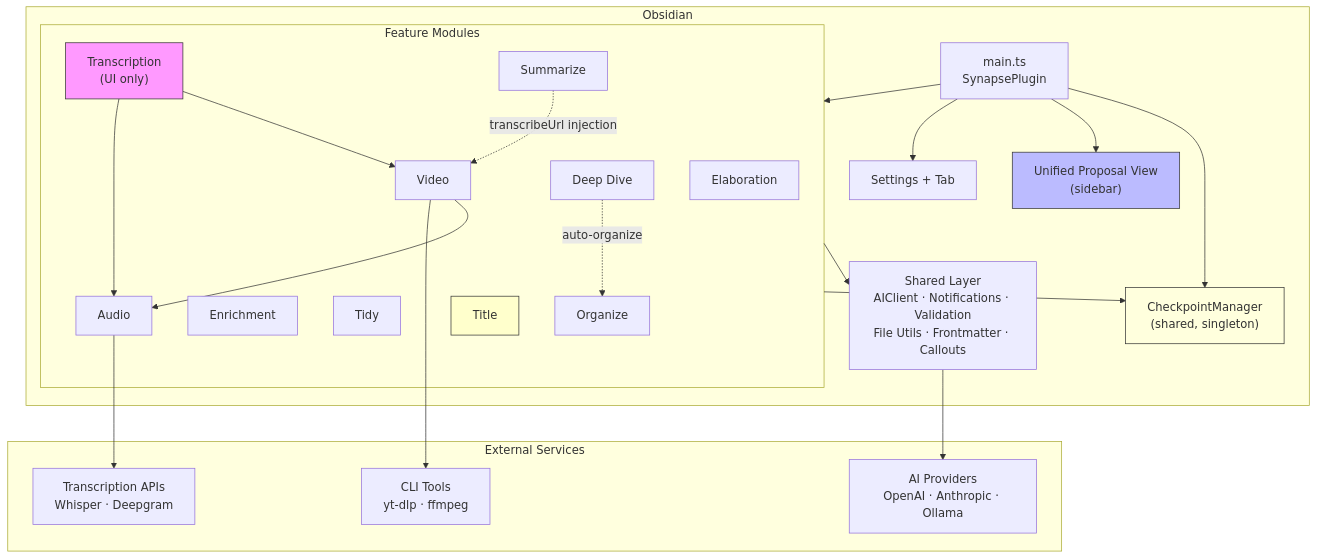
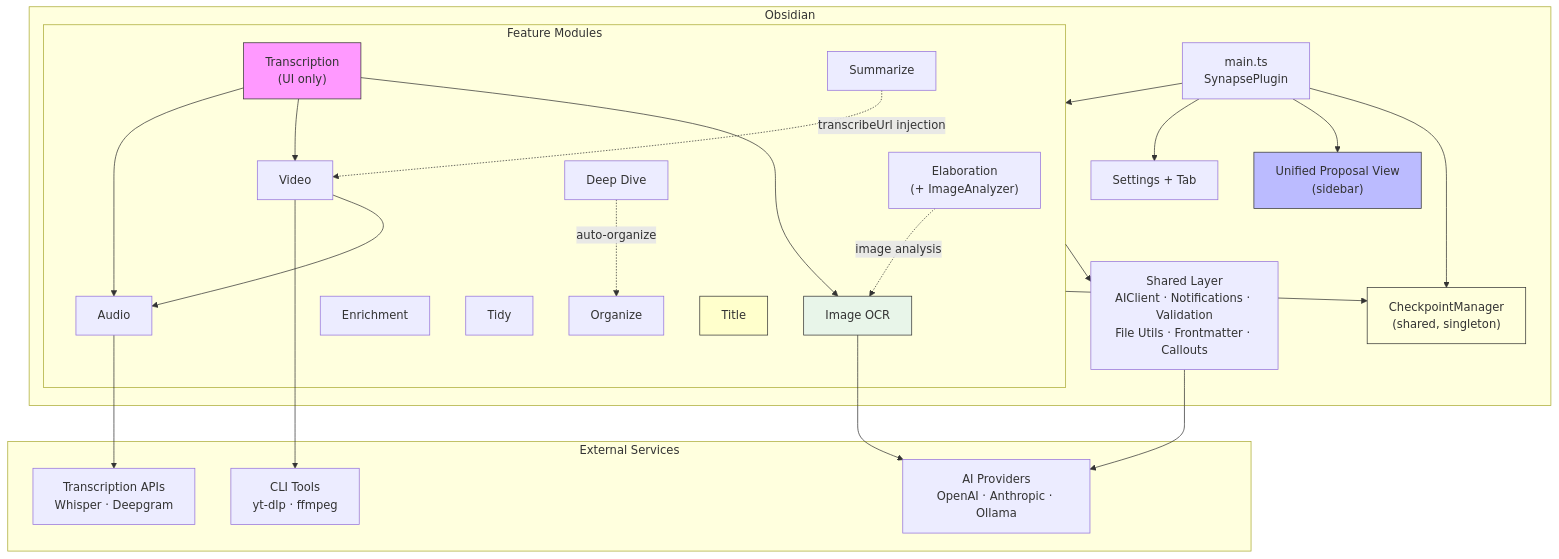
Before and after one commit to dustinkeeton/obsidian-synapse: the first of 9 diagrams in ARCHITECTURE.md, drawn with Mermaid. The commit also changed other lines of this file and 21 other files, not shown here.

````diff
--- a/ARCHITECTURE.md
+++ b/ARCHITECTURE.md
@@ -11,50 +11,55 @@
 ```mermaid
 graph TB
     subgraph Obsidian["Obsidian"]
         Main["main.ts<br/>SynapsePlugin"]
         Settings["Settings + Tab"]
         Sidebar["Unified Proposal View<br/>(sidebar)"]
         CkptMgr["CheckpointManager<br/>(shared, singleton)"]
 
         subgraph Features["Feature Modules"]
-            Elab["Elaboration"]
+            Elab["Elaboration<br/>(+ ImageAnalyzer)"]
             Audio["Audio"]
             Video["Video"]
+            Image["Image OCR"]
             Trans["Transcription<br/>(UI only)"]
             Enrich["Enrichment"]
             Summ["Summarize"]
             Tidy["Tidy"]
             Org["Organize"]
             DD["Deep Dive"]
             Title["Title"]
         end
 
         Shared["Shared Layer<br/>AIClient · Notifications · Validation<br/>File Utils · Frontmatter · Callouts"]
     end
 
     subgraph External["External Services"]
         AI["AI Providers<br/>OpenAI · Anthropic · Ollama"]
         TransAPI["Transcription APIs<br/>Whisper · Deepgram"]
         Tools["CLI Tools<br/>yt-dlp · ffmpeg"]
     end
 
     Main --> Settings
     Main --> Sidebar
     Main --> CkptMgr
     Main --> Features
     Features --> Shared
     Features --> CkptMgr
     Shared --> AI
     Audio --> TransAPI
     Video --> Tools
     Video --> Audio
+    Image --> AI
+    Elab -.->|image analysis| Image
     Trans --> Audio
     Trans --> Video
+    Trans --> Image
     Summ -.->|transcribeUrl injection| Video
     DD -.->|auto-organize| Org
 
     style Trans fill:#f9f,stroke:#333
     style Sidebar fill:#bbf,stroke:#333
     style CkptMgr fill:#ffd,stroke:#333
     style Title fill:#ffc,stroke:#333
+    style Image fill:#e8f5e9,stroke:#333
 ```
````
